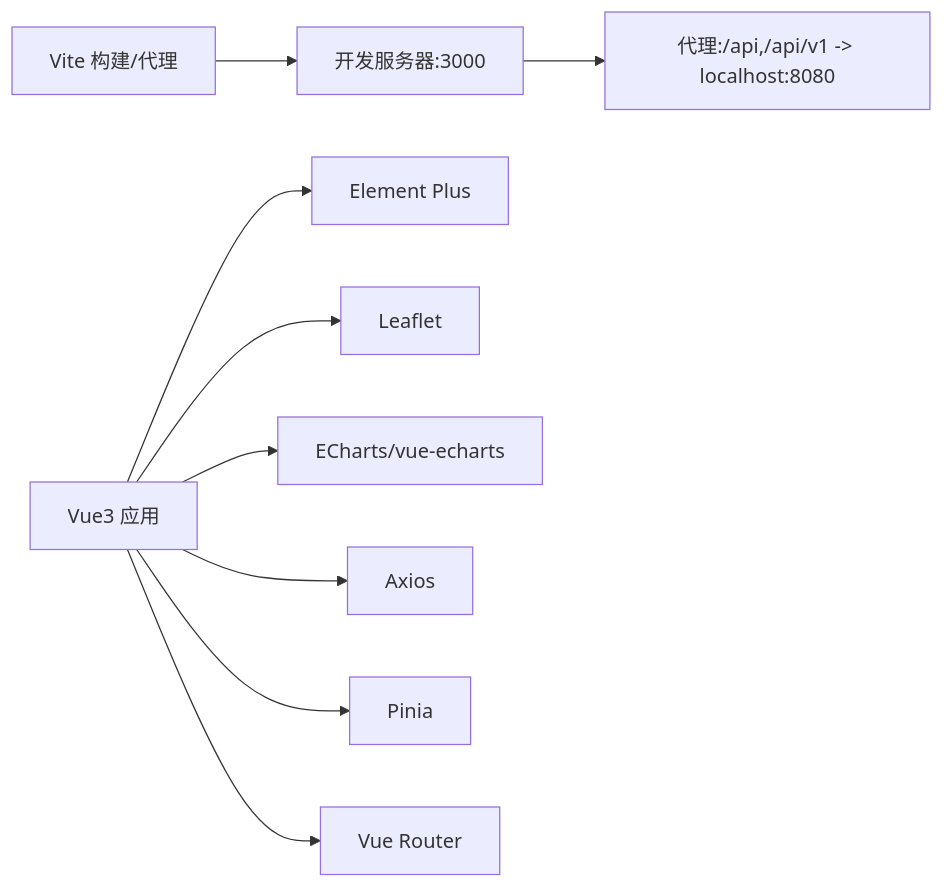
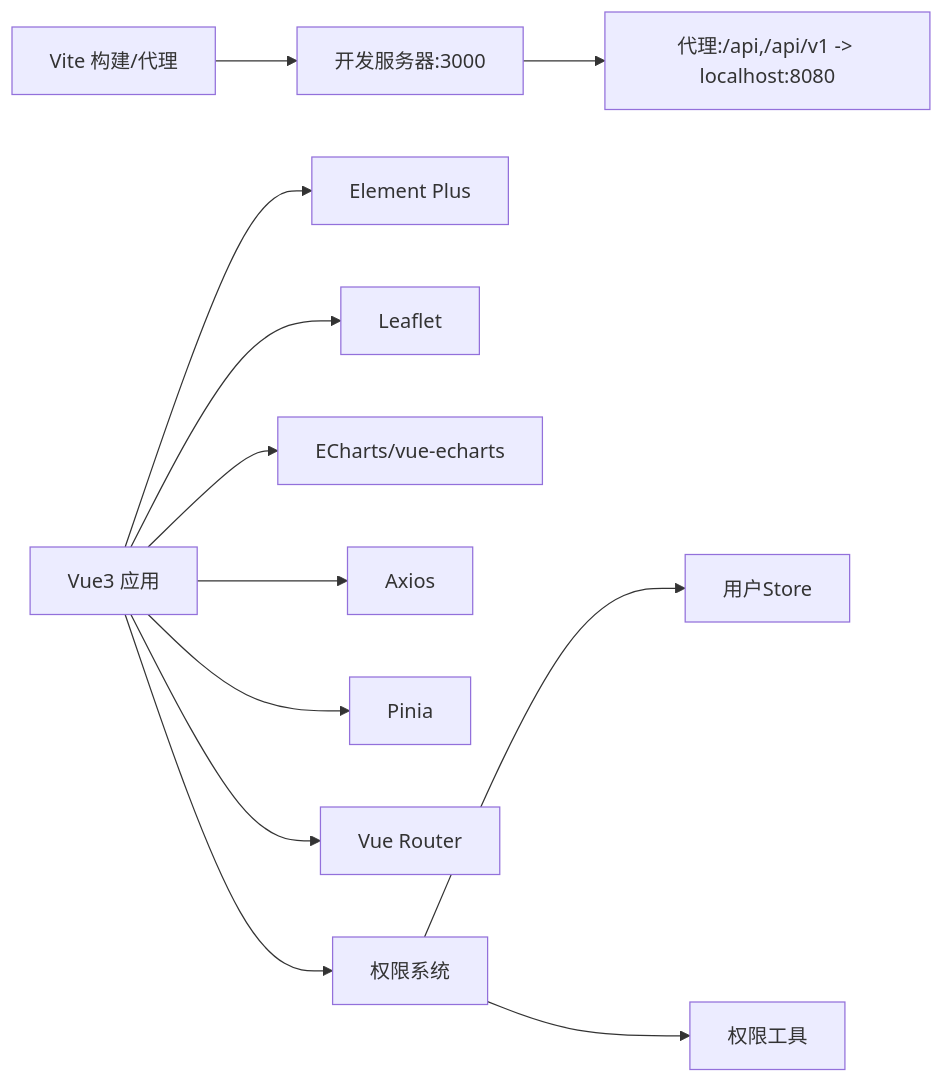
Diagram 14 of 14 in .qoder/repowiki/zh/content/前端应用文档/前端应用文档.md (q446328246/agri-platform), drawn with Mermaid before and after one commit. The commit also changed other lines of this file and 37 other files, not shown here.

````diff
--- a/.qoder/repowiki/zh/content/前端应用文档/前端应用文档.md
+++ b/.qoder/repowiki/zh/content/前端应用文档/前端应用文档.md
@@ -464,11 +578,14 @@
 ```mermaid
 graph LR
 Vite["Vite 构建/代理"] --> DevServer["开发服务器:3000"]
 DevServer --> Proxy["代理:/api,/api/v1 -> localhost:8080"]
 App["Vue3 应用"] --> EP["Element Plus"]
 App --> Lf["Leaflet"]
 App --> Ec["ECharts/vue-echarts"]
 App --> Ax["Axios"]
 App --> Pr["Pinia"]
 App --> Rt["Vue Router"]
+App --> Perm["权限系统"]
+Perm --> Store["用户Store"]
+Perm --> Utils["权限工具"]
 ```
````
